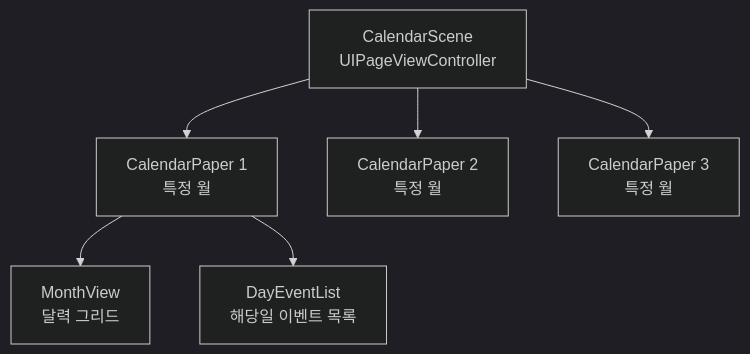
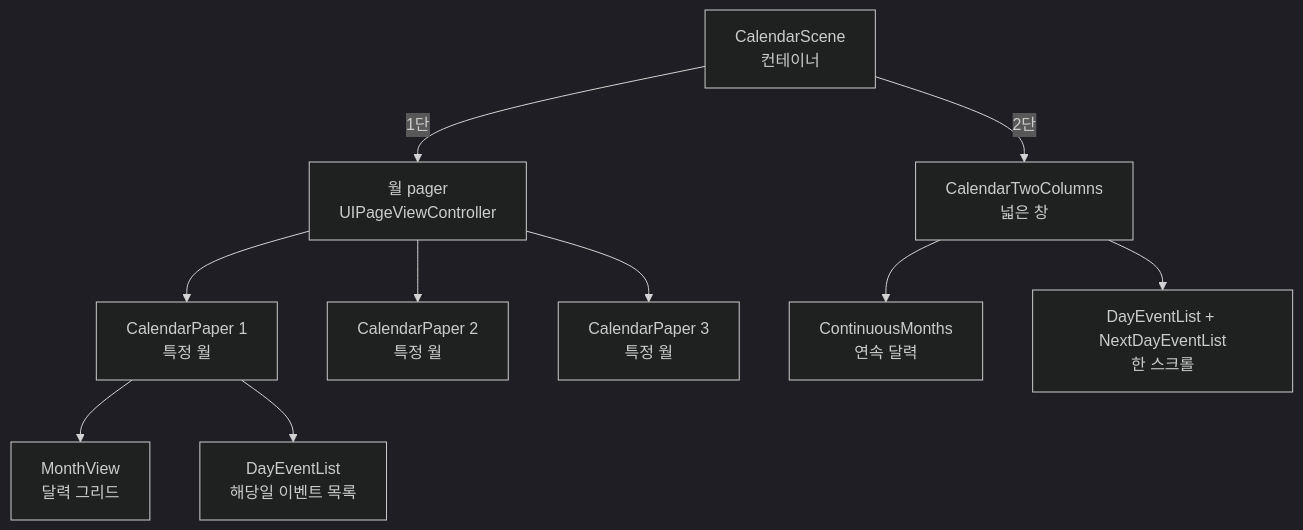
Before and after one commit to sudopark/TodoCalendar: the eighth of 9 diagrams in docs/화면단위구조.md, drawn with Mermaid (dark theme). The commit also changed other lines of this file and 16 other files, not shown here.

````diff
--- a/docs/화면단위구조.md
+++ b/docs/화면단위구조.md
@@ -295,8 +295,12 @@
 ```mermaid
 graph TD
-    CS[CalendarScene<br/>UIPageViewController] --> CP1[CalendarPaper 1<br/>특정 월]
-    CS --> CP2[CalendarPaper 2<br/>특정 월]
-    CS --> CP3[CalendarPaper 3<br/>특정 월]
+    CS[CalendarScene<br/>컨테이너] -->|1단| PG[월 pager<br/>UIPageViewController]
+    CS -->|2단| TC[CalendarTwoColumns<br/>넓은 창]
+    PG --> CP1[CalendarPaper 1<br/>특정 월]
+    PG --> CP2[CalendarPaper 2<br/>특정 월]
+    PG --> CP3[CalendarPaper 3<br/>특정 월]
     CP1 --> MV[MonthView<br/>달력 그리드]
     CP1 --> DEL[DayEventList<br/>해당일 이벤트 목록]
+    TC --> CM[ContinuousMonths<br/>연속 달력]
+    TC --> DEL2[DayEventList + NextDayEventList<br/>한 스크롤]
 ```
````
